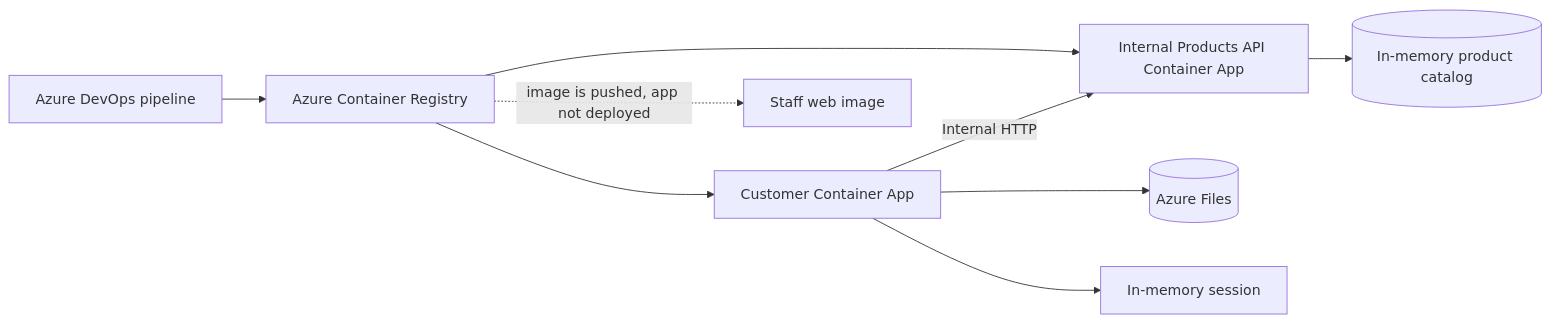
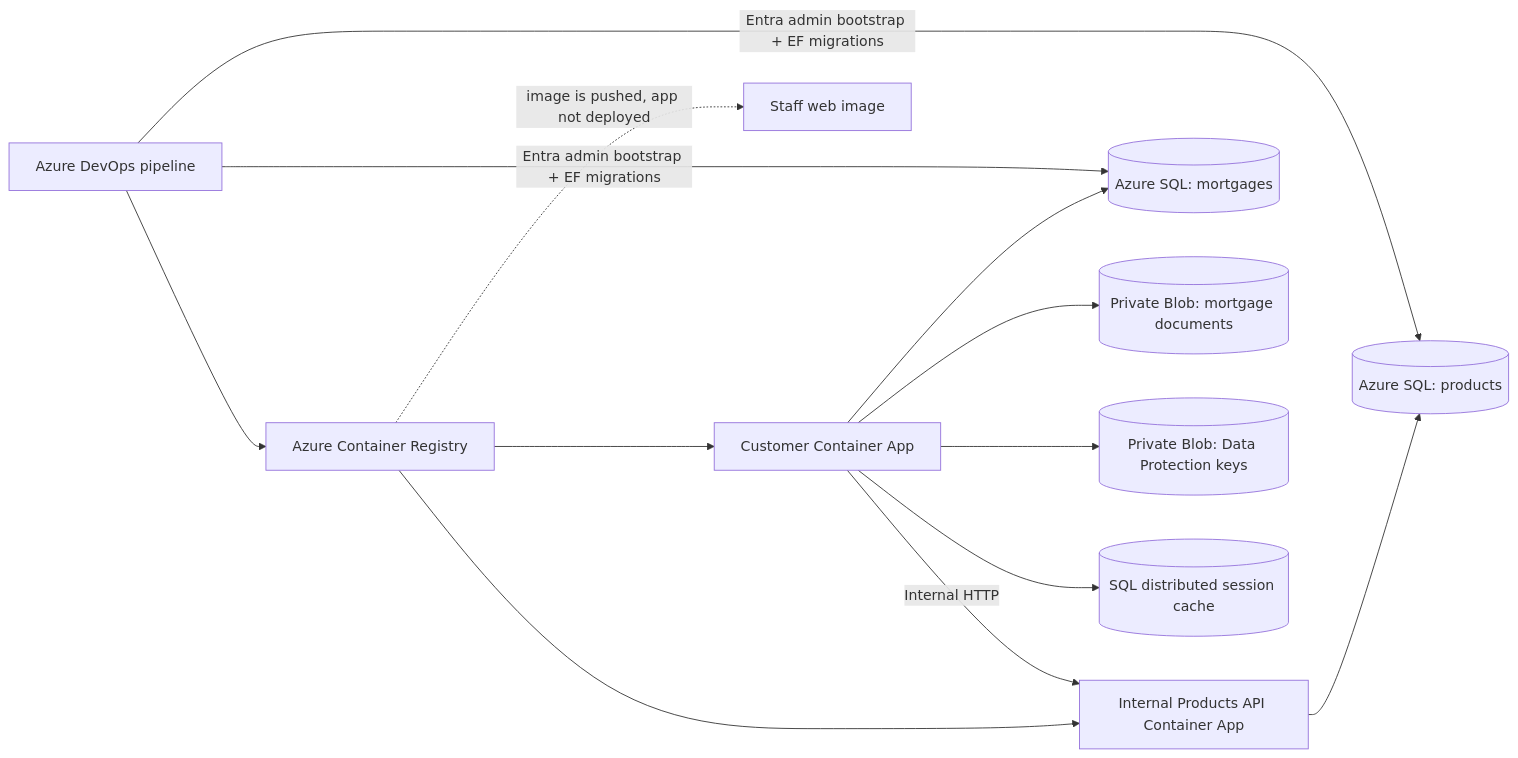
The second of 2 diagrams in docs/architecture.md (eyeballpaul/Mortgage-Processing-Application), drawn with Mermaid before and after one commit. The commit also changed other lines of this file and 44 other files, not shown here.

Commit message:
architecture fixes

````diff
--- a/docs/architecture.md
+++ b/docs/architecture.md
@@ -81,11 +81,15 @@
 ```mermaid
 flowchart LR
     Pipeline[Azure DevOps pipeline] --> Registry[Azure Container Registry]
     Registry --> CustomerApp[Customer Container App]
     Registry --> ProductsApp[Internal Products API Container App]
     Registry -. image is pushed, app not deployed .-> StaffImage[Staff web image]
-    CustomerApp --> Files[(Azure Files)]
+    CustomerApp --> MortgageDb[(Azure SQL: mortgages)]
+    ProductsApp --> ProductsDb[(Azure SQL: products)]
+    CustomerApp --> Documents[(Private Blob: mortgage documents)]
+    CustomerApp --> KeyRing[(Private Blob: Data Protection keys)]
+    CustomerApp --> Session[(SQL distributed session cache)]
     CustomerApp -->|Internal HTTP| ProductsApp
-    CustomerApp --> Session[In-memory session]
-    ProductsApp --> Catalog[(In-memory product catalog)]
+    Pipeline -->|Entra admin bootstrap + EF migrations| MortgageDb
+    Pipeline -->|Entra admin bootstrap + EF migrations| ProductsDb
 ```
````
